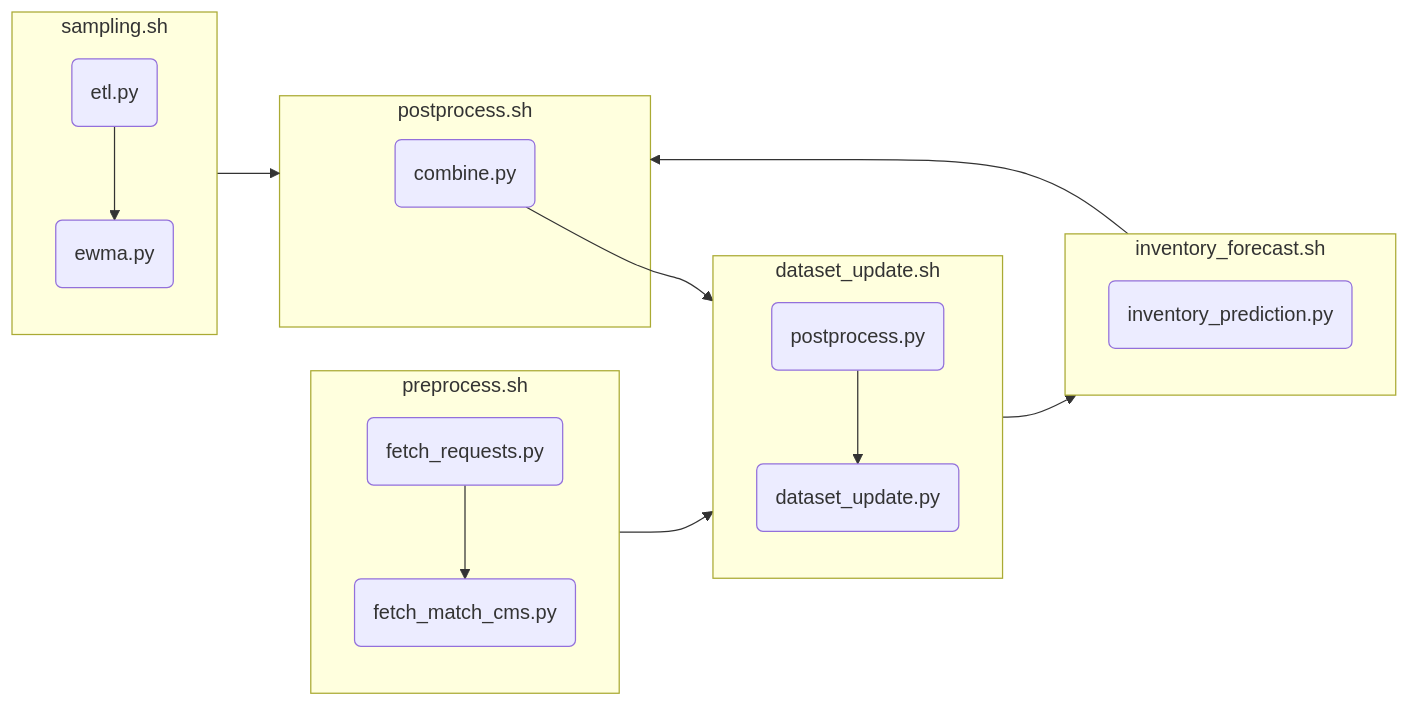
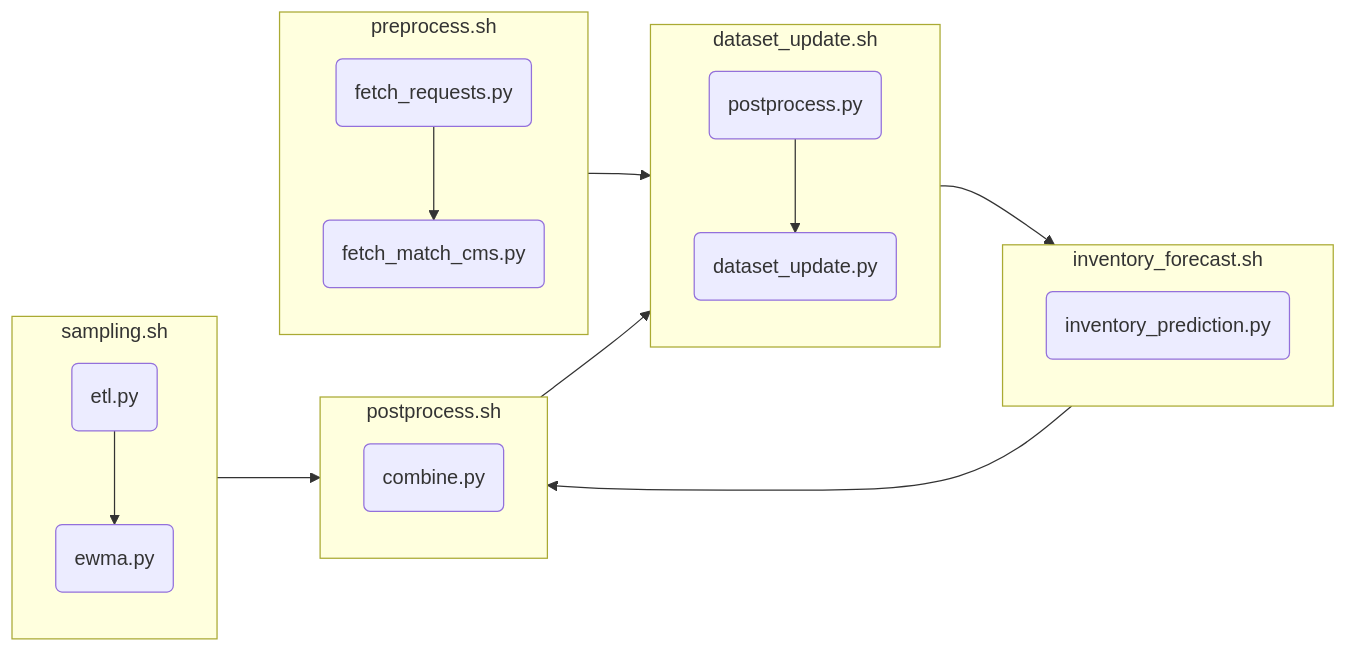
One commit to xiaoyali123456/inventory_forecasting changed the diagram in pipeline/readme.md. Above: the diagram before and after it, drawn with Mermaid.

````diff
--- a/pipeline/readme.md
+++ b/pipeline/readme.md
@@ -3,24 +3,25 @@
 ```mermaid
 graph LR
   subgraph preprocess.sh
     direction TB
     A(fetch_requests.py) --> B(fetch_match_cms.py)
   end
   subgraph dataset_update.sh
     direction TB
     H(dau_update.py) --> I(dataset_update.py)
   end
   subgraph inventory_forecast.sh
     direction TB
     C(inventory_prediction.py)
   end
   subgraph sampling.sh
     direction TB
     E(etl.py) --> F(ewma.py)
   end
   subgraph postprocess.sh
+    direction TB
     G(combine.py) --> H(postprocess.py)
   end
   preprocess.sh --> dataset_update.sh --> inventory_forecast.sh --> postprocess.sh
   sampling.sh --> postprocess.sh
 ```
````
